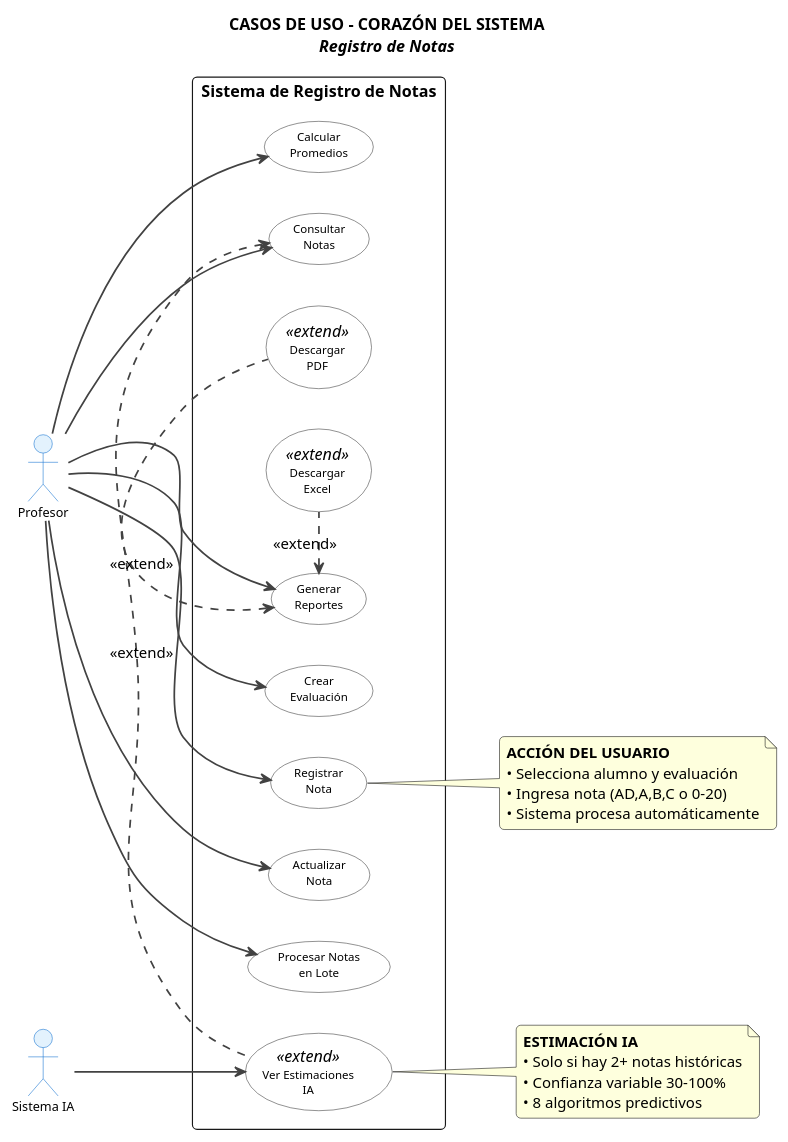
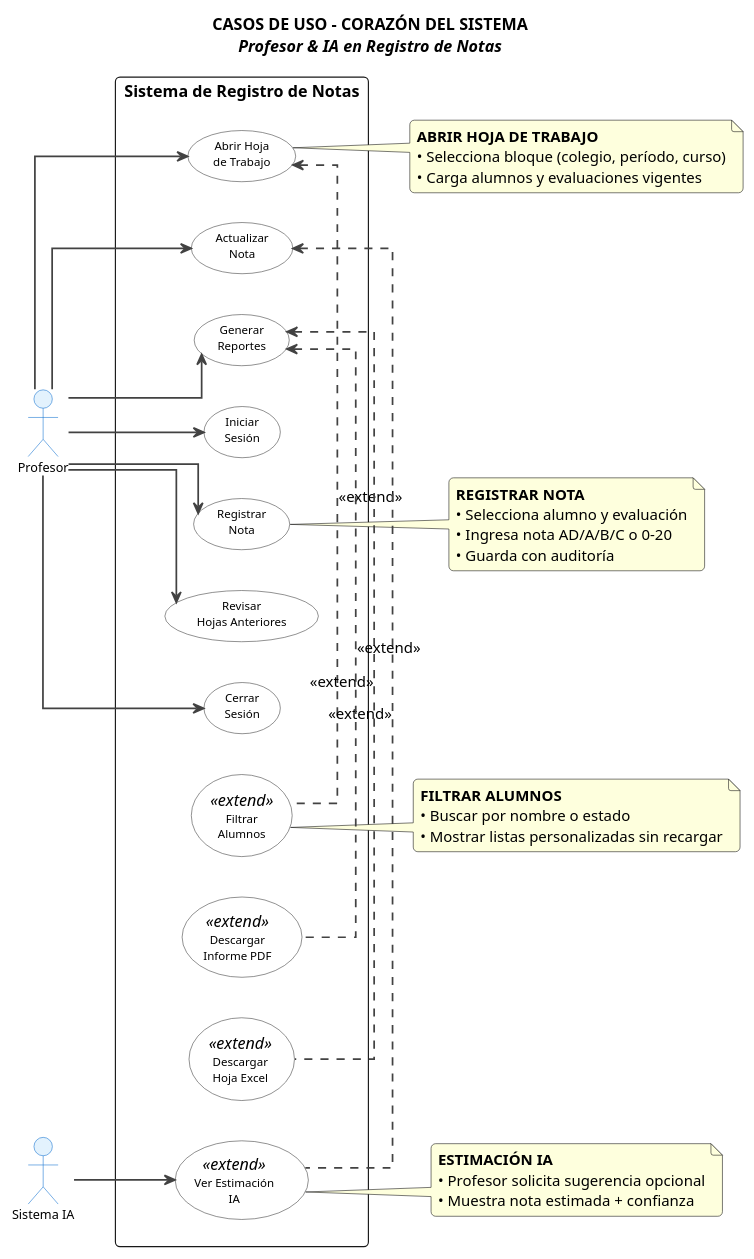
The diagram in diagramas/registro-notas/casos-uso-registro-notas.puml (CondePlocs/sistemnotas), drawn with PlantUML before and after one commit.

```diff
--- a/diagramas/registro-notas/casos-uso-registro-notas.puml
+++ b/diagramas/registro-notas/casos-uso-registro-notas.puml
@@ -1,63 +1,73 @@
 @startuml Casos de Uso - Sistema de Registro de Notas
 
 skinparam {
     ActorBackgroundColor #E3F2FD
     ActorBorderColor #1976D2
     ActorFontSize 11
     
     UsecaseBackgroundColor #FFFFFF
     UsecaseBorderColor #424242
     UsecaseFontSize 10
     
     ArrowColor #424242
     ArrowThickness 1.5
     
     Shadowing false
     RoundCorner 8
 }
 
-title **CASOS DE USO - CORAZÓN DEL SISTEMA**\n//Registro de Notas//
+title **CASOS DE USO - CORAZÓN DEL SISTEMA**\n//Profesor & IA en Registro de Notas//
 
 left to right direction
+skinparam linetype ortho
 
 actor "Profesor" as profesor
 actor "Sistema IA" as sistemaIA
 
 rectangle "Sistema de Registro de Notas" {
-    
-    usecase "Crear\nEvaluación" as UC01
-    usecase "Registrar\nNota" as UC02
-    usecase "Actualizar\nNota" as UC03
-    usecase "Consultar\nNotas" as UC04
-    usecase "Procesar Notas\nen Lote" as UC05
-    usecase "Calcular\nPromedios" as UC06
-    usecase "Generar\nReportes" as UC07
-    
-    ' EXTENSIONES OPCIONALES
-    usecase "Ver Estimaciones\nIA" as UC08 <<extend>>
-    usecase "Descargar\nExcel" as UC09 <<extend>>
-    usecase "Descargar\nPDF" as UC10 <<extend>>
+    together {
+        usecase "Iniciar\nSesión" as UC00
+        usecase "Abrir Hoja\nde Trabajo" as UC01
+        usecase "Registrar\nNota" as UC02
+        usecase "Actualizar\nNota" as UC03
+        usecase "Revisar\nHojas Anteriores" as UC04
+        usecase "Generar\nReportes" as UC05
+        usecase "Cerrar\nSesión" as UC06
+    }
+
+    ' Opcionales del flujo principal
+    together {
+        usecase "Filtrar\nAlumnos" as EX02 <<extend>>
+        usecase "Ver Estimación\nIA" as EX01 <<extend>>
+        usecase "Descargar\nHoja Excel" as EX03 <<extend>>
+        usecase "Descargar\nInforme PDF" as EX04 <<extend>>
+    }
 }
 
-' RELACIONES PRINCIPALES
+' RELACIONES ACTOR->CASO
+profesor --> UC00
 profesor --> UC01
 profesor --> UC02
 profesor --> UC03
 profesor --> UC04
 profesor --> UC05
 profesor --> UC06
-profesor --> UC07
 
-sistemaIA --> UC08
+sistemaIA --> EX01
 
 ' RELACIONES EXTEND (OPCIONALES)
-UC04 <. UC08 : <<extend>>
-UC07 <. UC09 : <<extend>>
-UC07 <. UC10 : <<extend>>
+UC01 <. EX02 : <<extend>>
+UC03 <. EX01 : <<extend>>
+UC05 <. EX03 : <<extend>>
+UC05 <. EX04 : <<extend>>
 
 ' NOTAS EXPLICATIVAS
-note right of UC02 : **ACCIÓN DEL USUARIO**\n• Selecciona alumno y evaluación\n• Ingresa nota (AD,A,B,C o 0-20)\n• Sistema procesa automáticamente
+note right of UC01 : **ABRIR HOJA DE TRABAJO**\n• Selecciona bloque (colegio, período, curso)\n• Carga alumnos y evaluaciones vigentes
 
-note right of UC08 : **ESTIMACIÓN IA**\n• Solo si hay 2+ notas históricas\n• Confianza variable 30-100%\n• 8 algoritmos predictivos
+note right of UC02 : **REGISTRAR NOTA**\n• Selecciona alumno y evaluación\n• Ingresa nota AD/A/B/C o 0-20\n• Guarda con auditoría
+
+note right of EX02 : **FILTRAR ALUMNOS**\n• Buscar por nombre o estado\n• Mostrar listas personalizadas sin recargar
+
+note right of EX01 : **ESTIMACIÓN IA**\n• Profesor solicita sugerencia opcional\n• Muestra nota estimada + confianza
 
 @enduml
```
